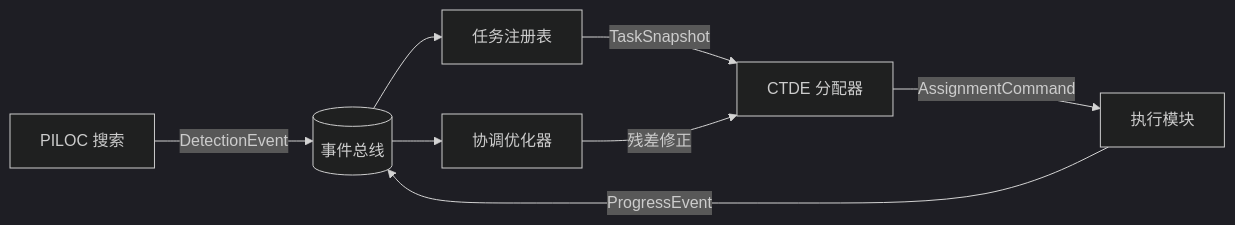
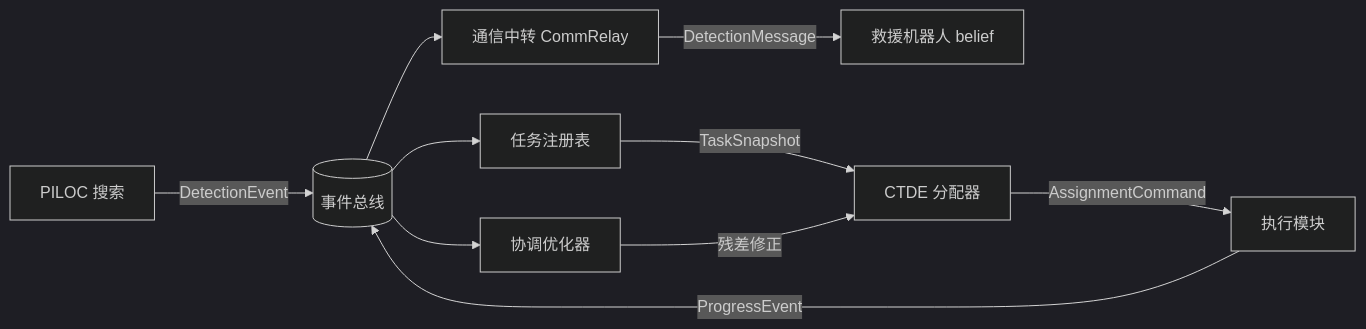
One commit to rui020726/zhenghe changed the diagram in integrated_sar/README.md. Above: the diagram before and after it, drawn with Mermaid (dark theme). The commit also changed other lines of this file and 3 other files, not shown here.

````diff
--- a/integrated_sar/README.md
+++ b/integrated_sar/README.md
@@ -6,10 +6,12 @@
 ```mermaid
 flowchart LR
     S[PILOC 搜索] -->|DetectionEvent| B[(事件总线)]
     B --> R[任务注册表]
+    B --> M[通信中转 CommRelay]
+    M -->|DetectionMessage| K[救援机器人 belief]
     B --> C[协调优化器]
     R -->|TaskSnapshot| A[CTDE 分配器]
     C -->|残差修正| A
     A -->|AssignmentCommand| X[执行模块]
     X -->|ProgressEvent| B
 ```
````
